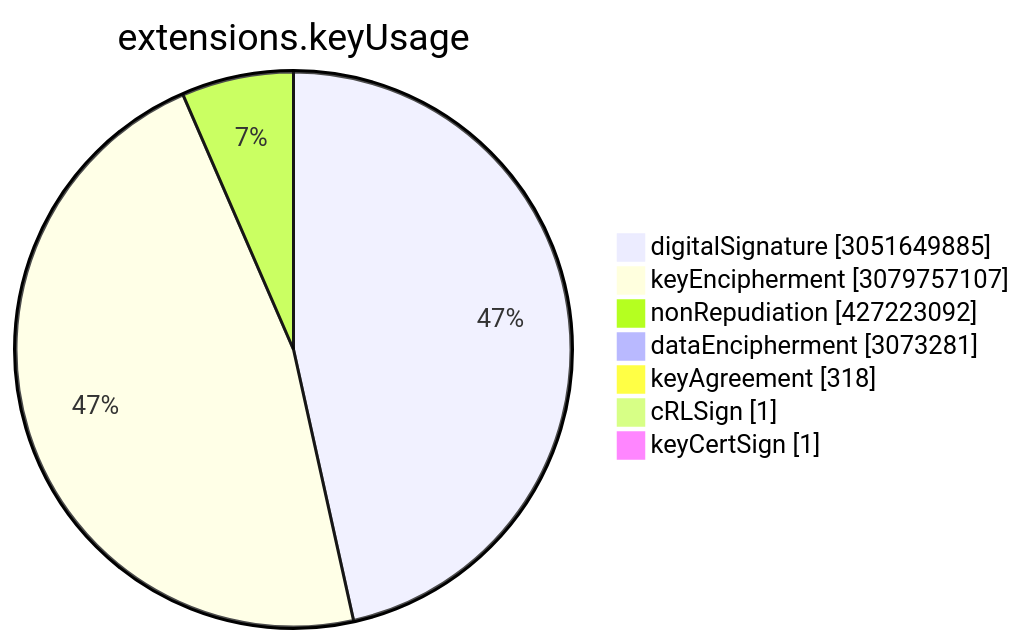
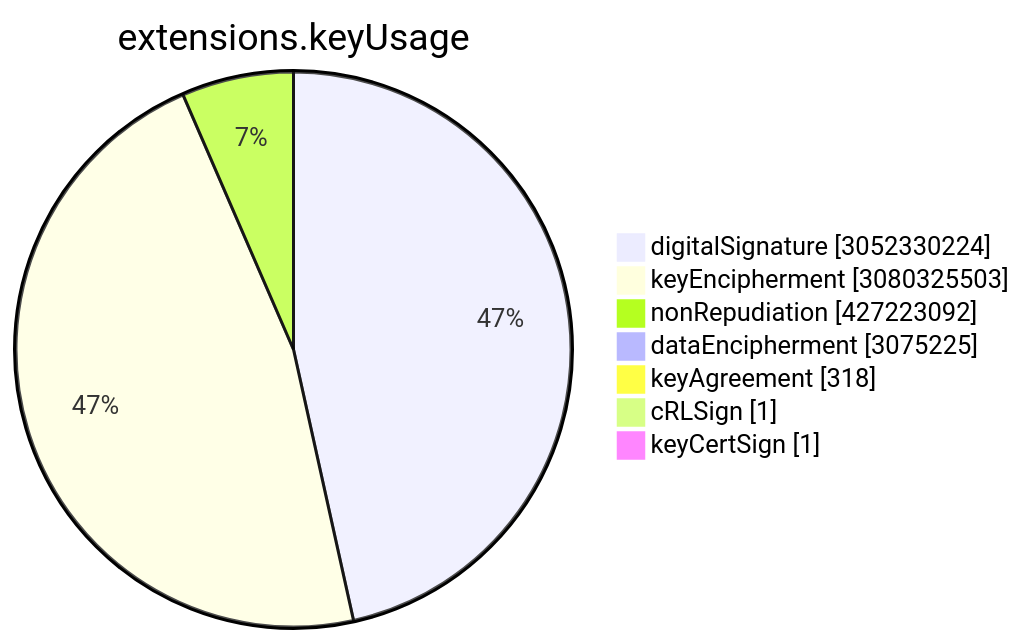
Before and after one commit to christiankrug/ctmonitor_visualization: the sixth of 15 diagrams in TOTAL/README.md, drawn with Mermaid. The commit also changed other lines of this file, not shown here.

````diff
--- a/TOTAL/README.md
+++ b/TOTAL/README.md
@@ -3075,11 +3075,11 @@
 ```mermaid
 pie showData
 title extensions.keyUsage
-"digitalSignature" :3051649885
-"keyEncipherment" :3079757107
+"digitalSignature" :3052330224
+"keyEncipherment" :3080325503
 "nonRepudiation" :427223092
-"dataEncipherment" :3073281
+"dataEncipherment" :3075225
 "keyAgreement" :318
 "cRLSign" :1
 "keyCertSign" :1
 ```
````
